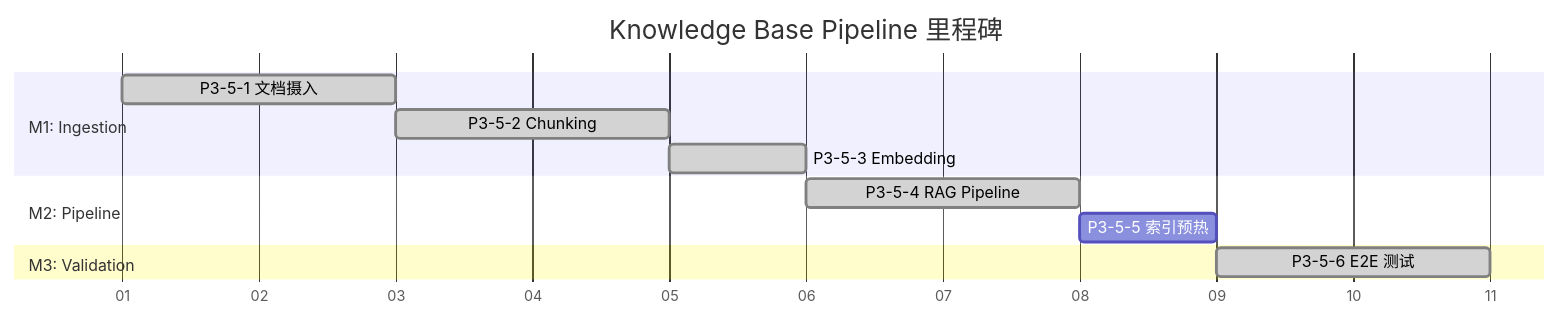
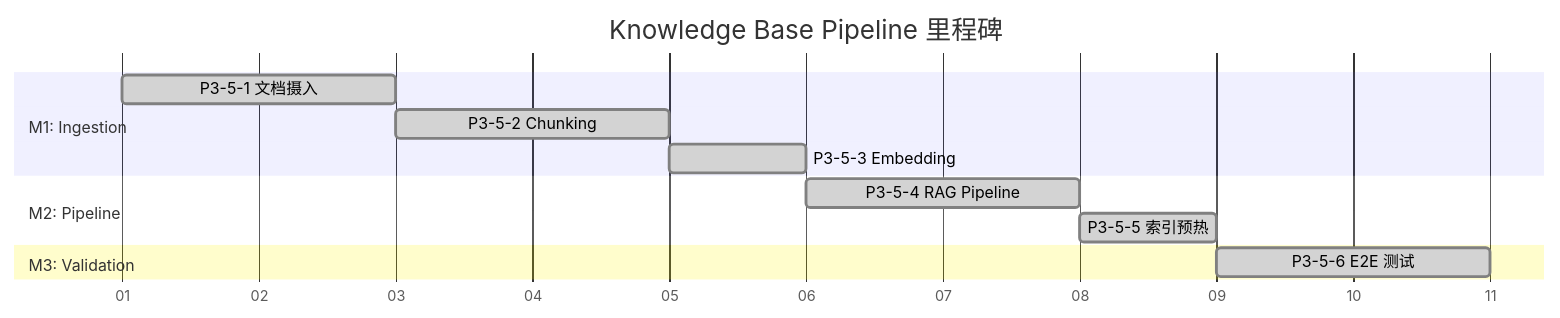
Before and after one commit to ThreeFish-AI/agentic-ai-papers: diagram 11 of 12 in docs/engine/030-the-perception.md, drawn with Mermaid. The commit also changed other lines of this file, not shown here.

````diff
--- a/docs/engine/030-the-perception.md
+++ b/docs/engine/030-the-perception.md
@@ -1272,18 +1272,18 @@
 ```mermaid
 gantt
     title Knowledge Base Pipeline 里程碑
     dateFormat DD
     axisFormat %d
 
     section M1: Ingestion
     P3-5-1 文档摄入 :done, a1, 01, 2d
     P3-5-2 Chunking :done, a2, after a1, 2d
     P3-5-3 Embedding :done, a3, after a2, 1d
 
     section M2: Pipeline
     P3-5-4 RAG Pipeline :done, b1, after a3, 2d
-    P3-5-5 索引预热 :b2, after b1, 1d
+    P3-5-5 索引预热 :done, b2, after b1, 1d
 
     section M3: Validation
     P3-5-6 E2E 测试 :done, c1, after b2, 2d
 ```
````
